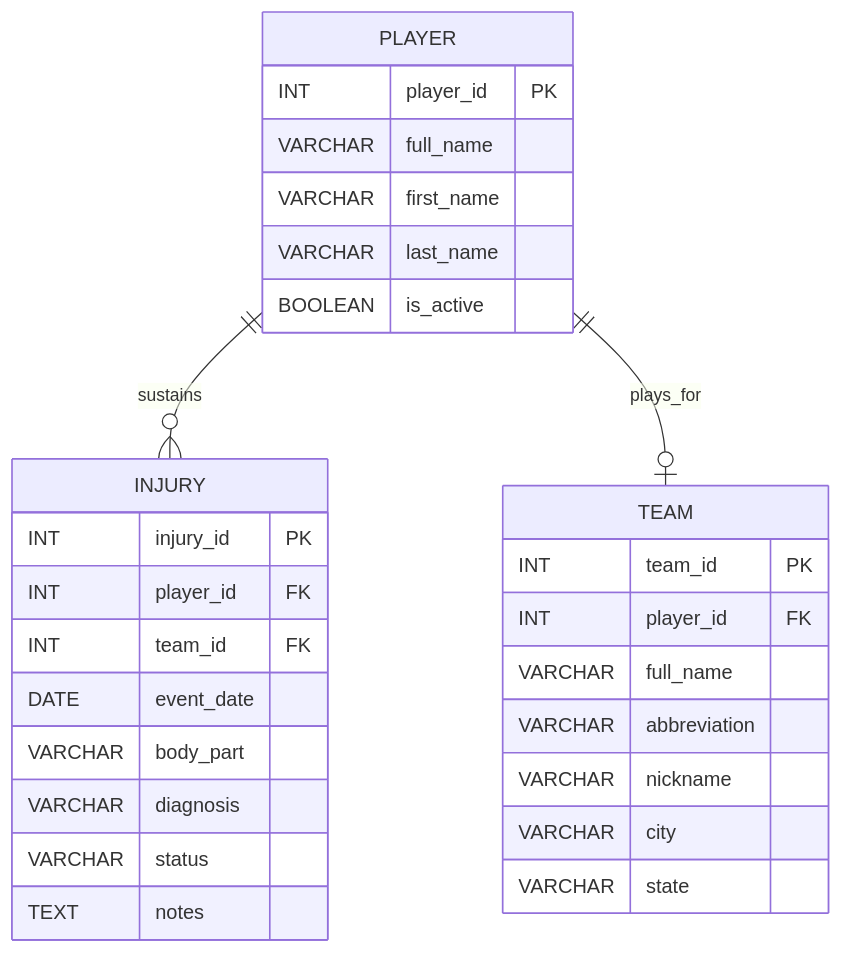
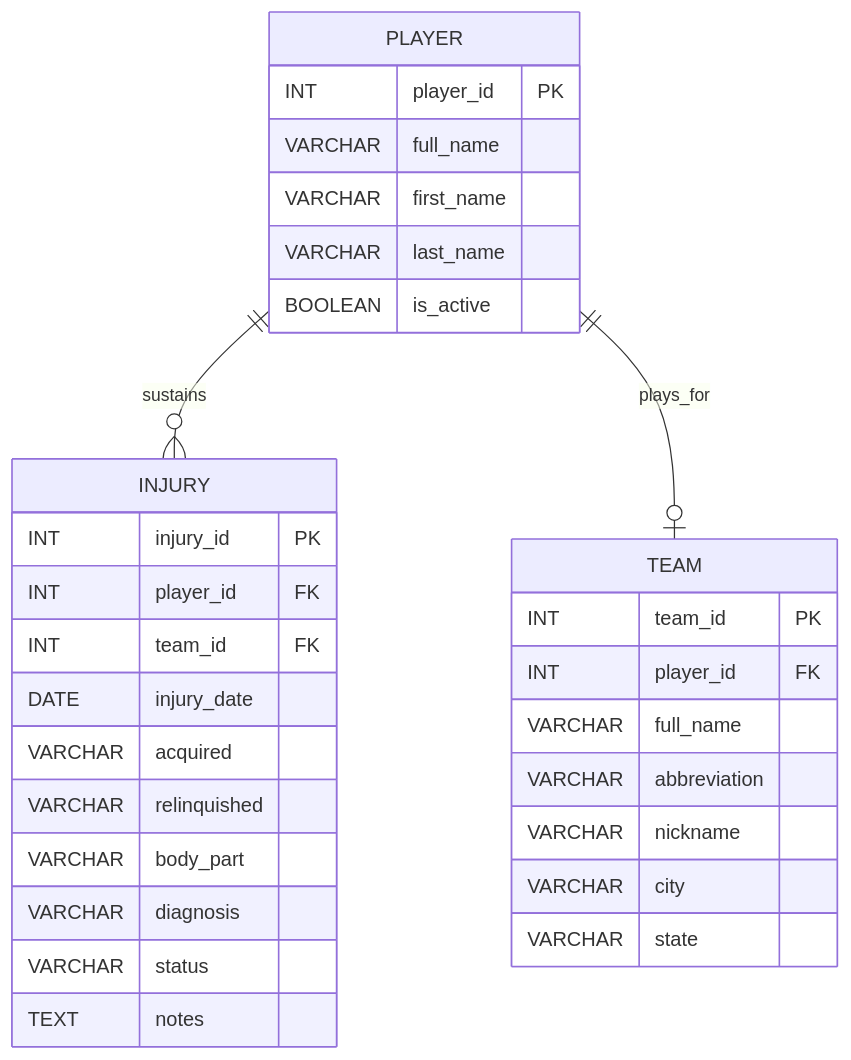
The diagram in nba_prediction/INJURY_SCHEMA.md (YusufAlam1/BALL), drawn with Mermaid before and after one commit. The commit also changed 9 other files, not shown here.

````diff
--- a/nba_prediction/INJURY_SCHEMA.md
+++ b/nba_prediction/INJURY_SCHEMA.md
@@ -1,35 +1,37 @@
 ```mermaid
 erDiagram
     PLAYER ||--o{ INJURY : sustains
     PLAYER ||--o| TEAM : plays_for
 
     PLAYER {
         INT player_id PK
         VARCHAR full_name
         VARCHAR first_name
         VARCHAR last_name
         BOOLEAN is_active
     }
 
     TEAM {
         INT team_id   PK
         INT player_id FK
         VARCHAR full_name
         VARCHAR abbreviation
         VARCHAR nickname
         VARCHAR city
         VARCHAR state
     }
 
     INJURY {
         INT injury_id PK
         INT player_id FK
         INT team_id   FK    
-        DATE event_date
+        DATE injury_date
+        VARCHAR acquired
+        VARCHAR relinquished
         VARCHAR body_part   
         VARCHAR diagnosis   
         VARCHAR status 
         %%[ 'GTD', 'DTD', 'out-for-season' ]
         TEXT notes
     }
 ```
````
